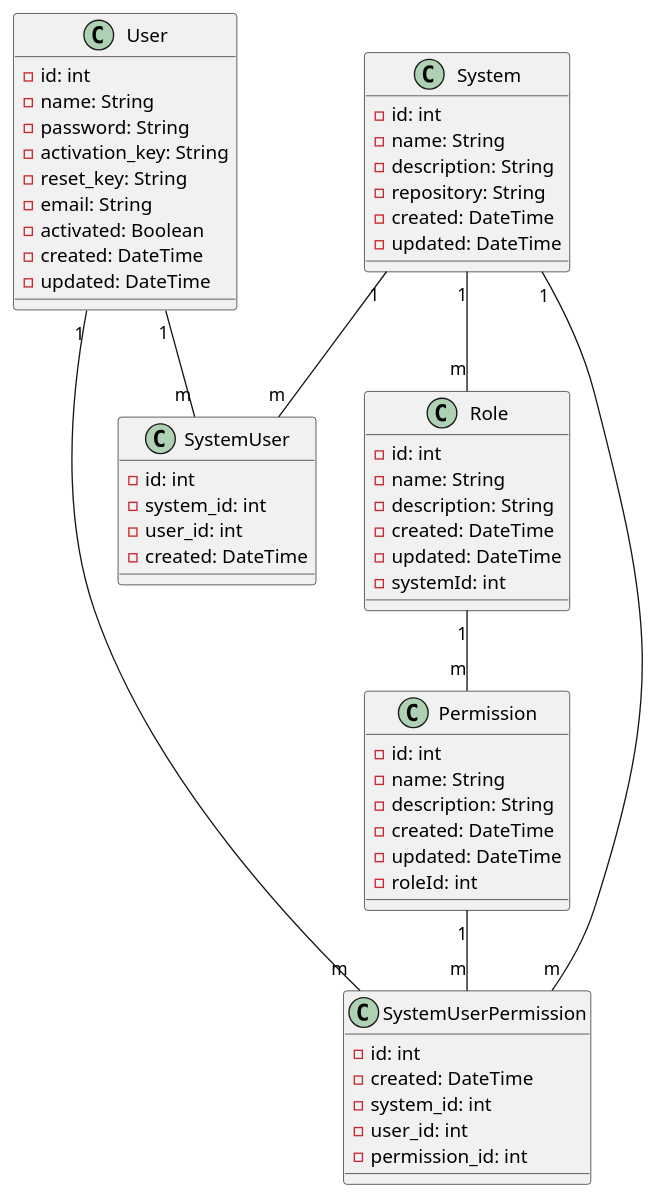
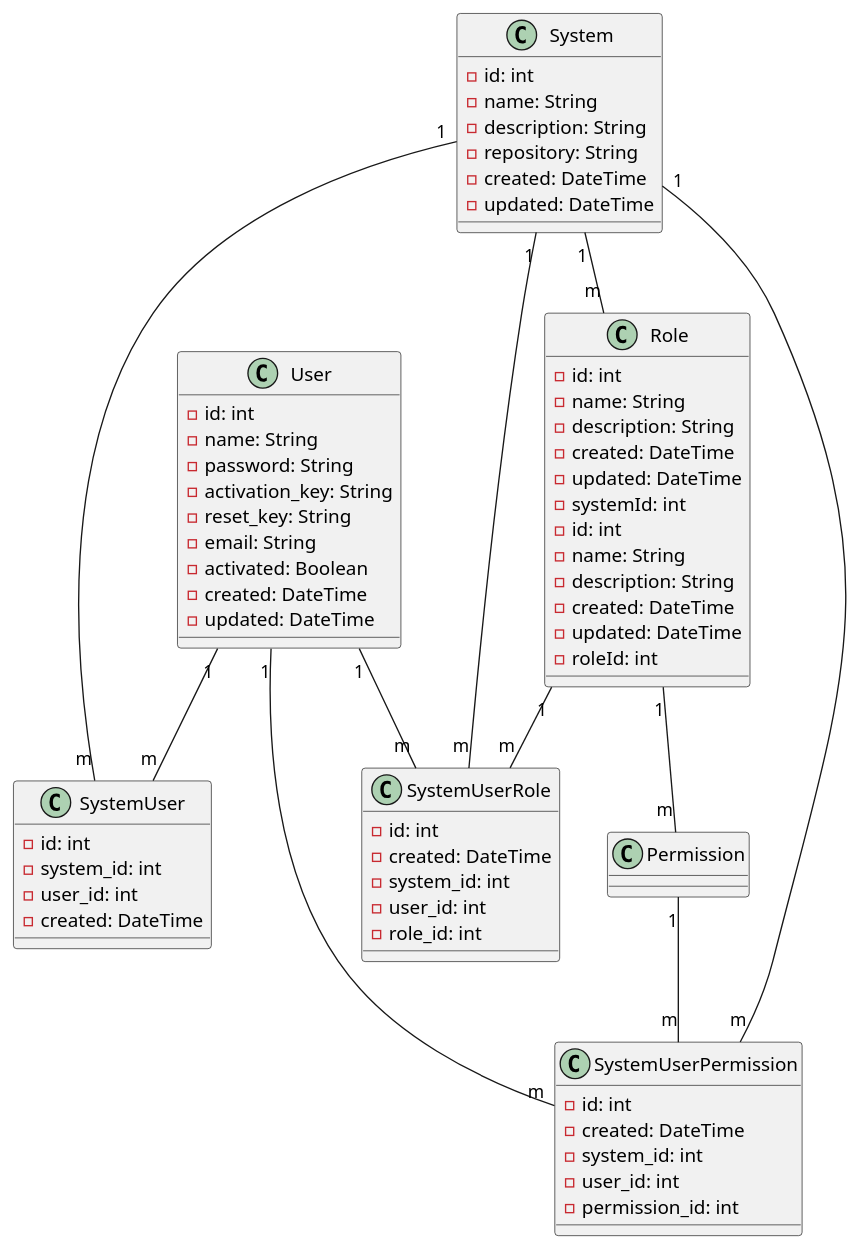
The diagram in docs/class_diagram.puml (pepeul1191/go-gin-access-sql), drawn with PlantUML before and after one commit. The commit also changed 5 other files, not shown here.

```diff
--- a/docs/class_diagram.puml
+++ b/docs/class_diagram.puml
@@ -1,65 +1,76 @@
 @startuml
 
 class User {
   - id: int
   - name: String
   - password: String
   - activation_key: String
   - reset_key: String
   - email: String
   - activated: Boolean
   - created: DateTime
   - updated: DateTime
 }
 
 class System {
   - id: int
   - name: String
   - description: String
   - repository: String
   - created: DateTime
   - updated: DateTime
 }
 
 class Role {
   - id: int
   - name: String
   - description: String
   - created: DateTime
   - updated: DateTime
   - systemId: int
 }
 
-class Permission {
+class Role {
   - id: int
   - name: String
   - description: String
   - created: DateTime
   - updated: DateTime
   - roleId: int
 }
 
 class SystemUser {
   - id: int
   - system_id: int
   - user_id: int
   - created: DateTime
 }
 
 class SystemUserPermission {
   - id: int
   - created: DateTime
   - system_id: int
   - user_id: int
   - permission_id: int
 }
 
+class SystemUserRole {
+  - id: int
+  - created: DateTime
+  - system_id: int
+  - user_id: int
+  - role_id: int
+}
+
 System "1" -- "m" Role
 Role "1" -- "m" Permission
 User "1" -- "m" SystemUser
 System "1" -- "m" SystemUser
 User "1" -- "m" SystemUserPermission
 System "1" -- "m" SystemUserPermission
 Permission "1" -- "m" SystemUserPermission
+User "1" -- "m" SystemUserRole
+System "1" -- "m" SystemUserRole
+Role "1" -- "m" SystemUserRole
 
 @enduml
```
